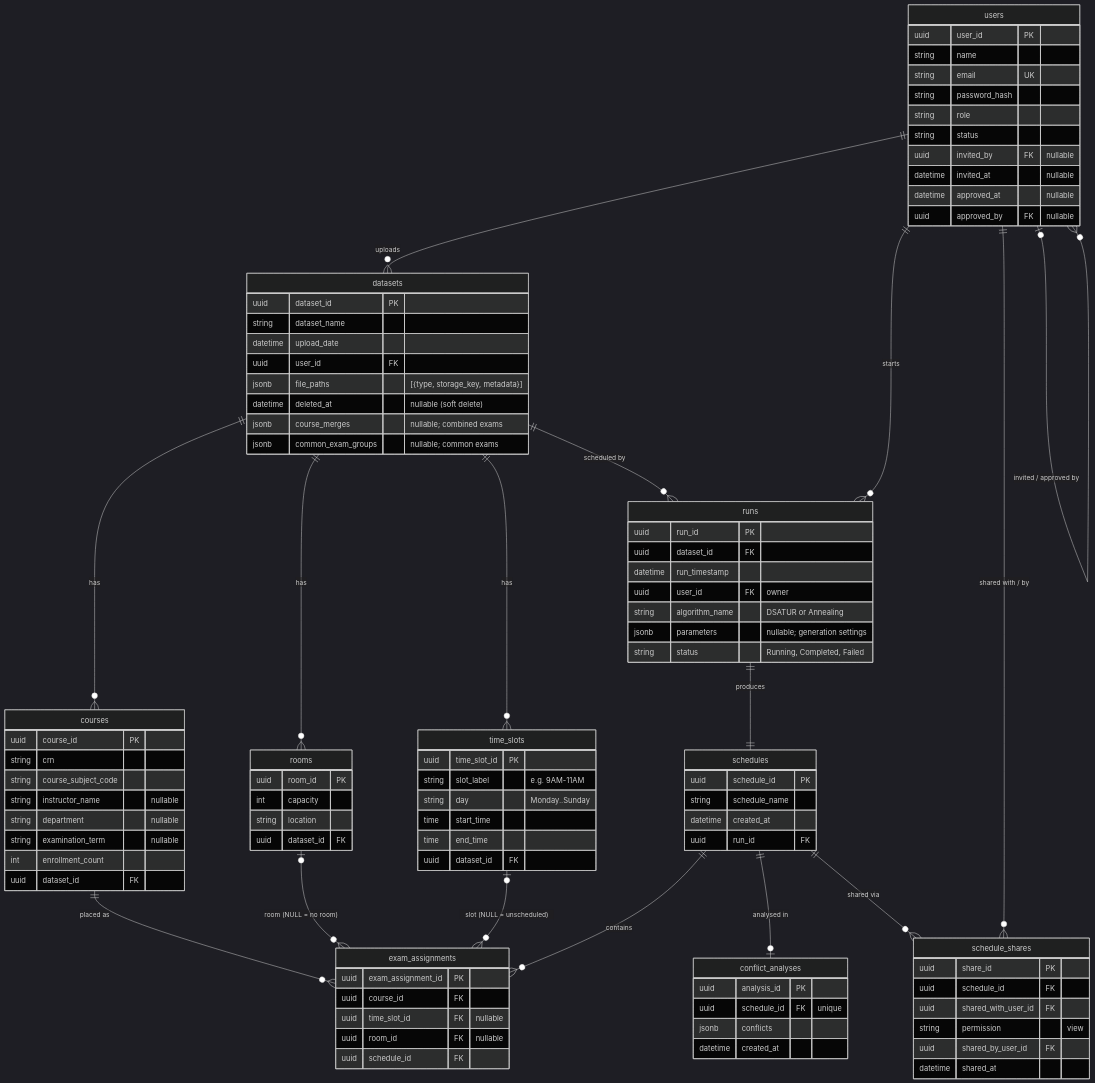
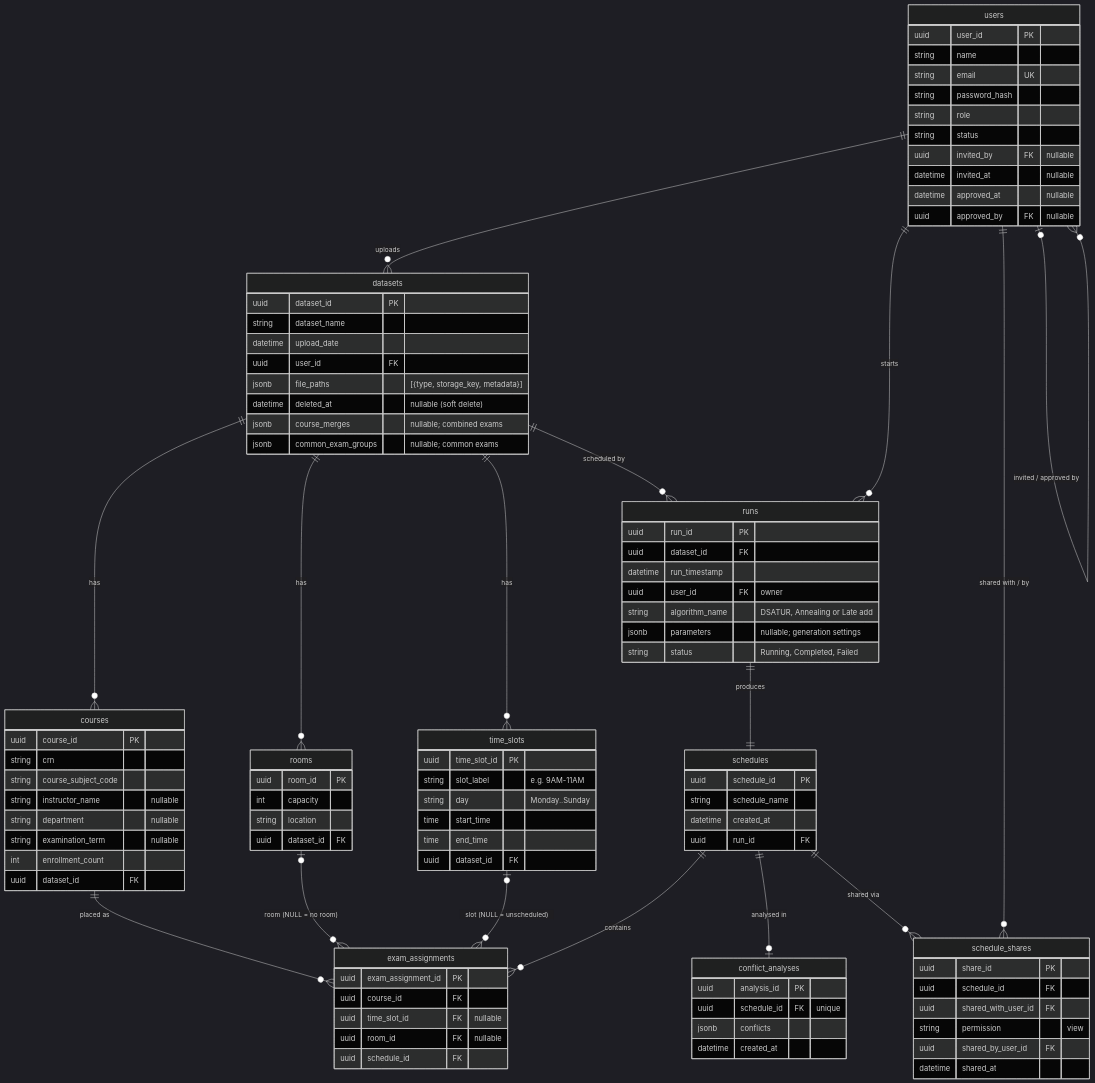
The diagram in docs/DATA.md (KhourySpecialProjects/ExamEngine), drawn with Mermaid (dark theme) before and after one commit. The commit also changed other lines of this file and 13 other files, not shown here.

```diff
--- a/docs/DATA.md
+++ b/docs/DATA.md
@@ -274,7 +274,7 @@
         uuid dataset_id FK
         datetime run_timestamp
         uuid user_id FK "owner"
-        string algorithm_name "DSATUR or Annealing"
+        string algorithm_name "DSATUR, Annealing or Late add"
         jsonb parameters "nullable; generation settings"
         string status "Running, Completed, Failed"
     }
```
